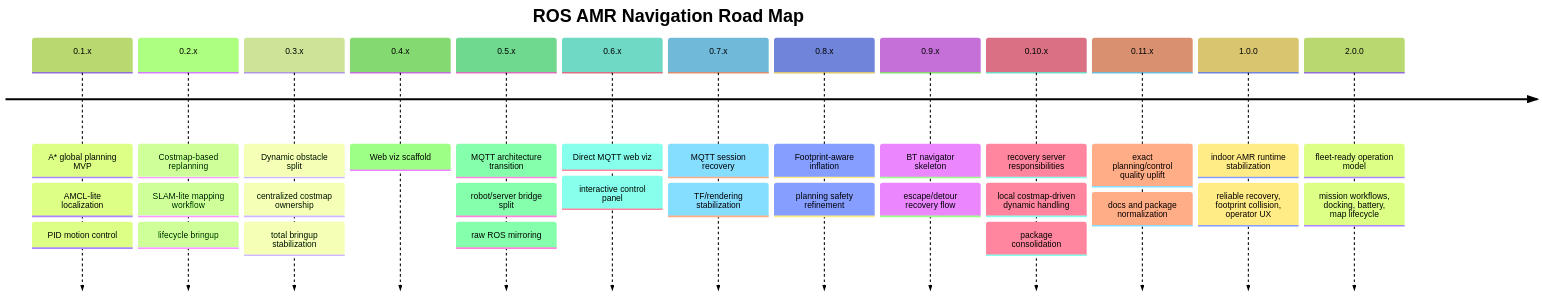
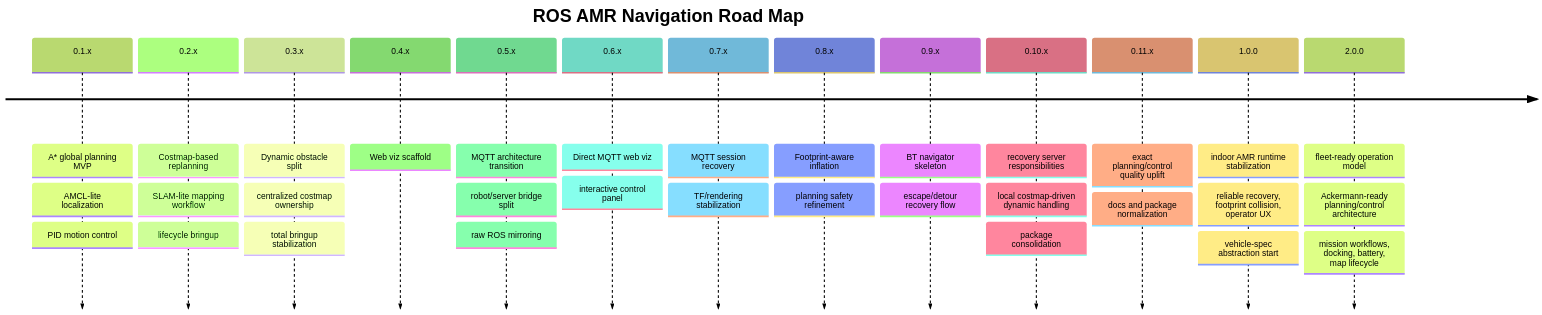
One commit to reidlo5135/ros-amr-navigation changed the diagram in TODO.md. Above: the diagram before and after it, drawn with Mermaid (forest theme). The commit also changed other lines of this file, not shown here.

Commit message:
docs: expand roadmap for ackermann support

````diff
--- a/TODO.md
+++ b/TODO.md
@@ -3,34 +3,36 @@
 ```mermaid
 timeline
     title ROS AMR Navigation Road Map
     0.1.x : A* global planning MVP
           : AMCL-lite localization
           : PID motion control
     0.2.x : Costmap-based replanning
           : SLAM-lite mapping workflow
           : lifecycle bringup
     0.3.x : Dynamic obstacle split
           : centralized costmap ownership
           : total bringup stabilization
     0.4.x : Web viz scaffold
     0.5.x : MQTT architecture transition
           : robot/server bridge split
           : raw ROS mirroring
     0.6.x : Direct MQTT web viz
           : interactive control panel
     0.7.x : MQTT session recovery
           : TF/rendering stabilization
     0.8.x : Footprint-aware inflation
           : planning safety refinement
     0.9.x : BT navigator skeleton
           : escape/detour recovery flow
     0.10.x : recovery server responsibilities
            : local costmap-driven dynamic handling
            : package consolidation
     0.11.x : exact planning/control quality uplift
            : docs and package normalization
     1.0.0 : indoor AMR runtime stabilization
           : reliable recovery, footprint collision, operator UX
+          : vehicle-spec abstraction start
     2.0.0 : fleet-ready operation model
+          : Ackermann-ready planning/control architecture
           : mission workflows, docking, battery, map lifecycle
 ```
````
